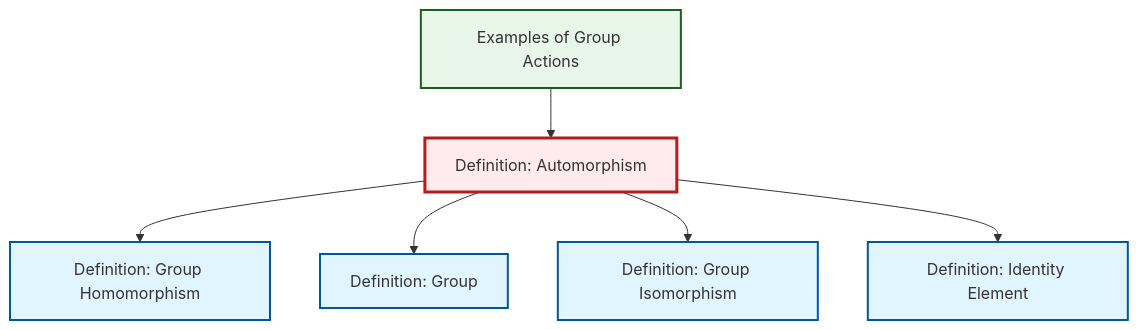
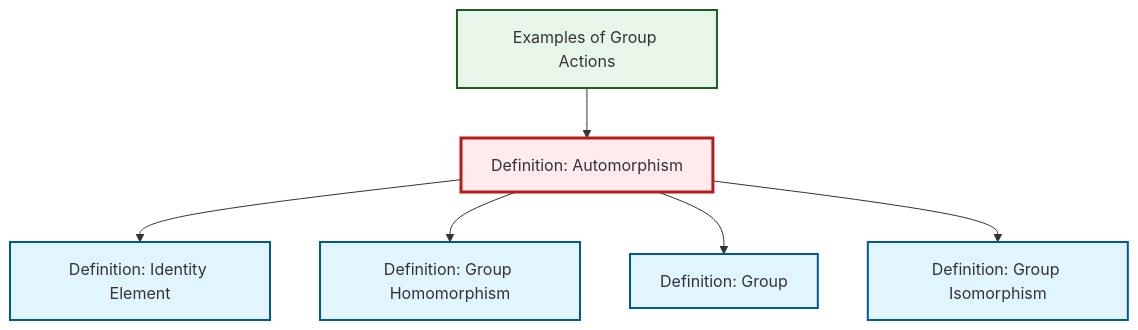
Before and after one commit to RK0429/ModernMath: the diagram in content/en/algebra/def-automorphism.qmd, drawn with Mermaid. The commit also changed other lines of this file and 597 other files, not shown here.

````diff
--- a/content/en/algebra/def-automorphism.qmd
+++ b/content/en/algebra/def-automorphism.qmd
@@ -100,26 +100,26 @@
 ```{mermaid}
 %%| fig-cap: "Local dependency graph"
 graph TD
     classDef definition fill:#e1f5fe,stroke:#01579b,stroke-width:2px
     classDef theorem fill:#f3e5f5,stroke:#4a148c,stroke-width:2px
     classDef axiom fill:#fff3e0,stroke:#e65100,stroke-width:2px
     classDef example fill:#e8f5e9,stroke:#1b5e20,stroke-width:2px
     classDef current fill:#ffebee,stroke:#b71c1c,stroke-width:3px
+    def-identity-element["Definition: Identity Element"]:::definition
+    def-homomorphism["Definition: Group Homomorphism"]:::definition
+    ex-group-action-examples["Examples of Group Actions"]:::example
+    def-automorphism["Definition: Automorphism"]:::definition
     def-isomorphism["Definition: Group Isomorphism"]:::definition
-    ex-group-action-examples["Examples of Group Actions"]:::example
-    def-identity-element["Definition: Identity Element"]:::definition
     def-group["Definition: Group"]:::definition
-    def-automorphism["Definition: Automorphism"]:::definition
-    def-homomorphism["Definition: Group Homomorphism"]:::definition
+    def-automorphism --> def-identity-element
     def-automorphism --> def-homomorphism
     def-automorphism --> def-group
+    def-automorphism --> def-isomorphism
     ex-group-action-examples --> def-automorphism
-    def-automorphism --> def-isomorphism
-    def-automorphism --> def-identity-element
     class def-automorphism current
+    click def-identity-element "def-identity-element.html" "Go to Identity Element definition"
+    click def-homomorphism "def-homomorphism.html" "Go to Group Homomorphism definition"
+    click ex-group-action-examples "ex-group-action-examples.html" "Go to Examples of Group Actions"
     click def-isomorphism "def-isomorphism.html" "Go to Group Isomorphism definition"
-    click ex-group-action-examples "ex-group-action-examples.html" "Go to Examples of Group Actions"
-    click def-identity-element "def-identity-element.html" "Go to Identity Element definition"
     click def-group "def-group.html" "Go to Group definition"
-    click def-homomorphism "def-homomorphism.html" "Go to Group Homomorphism definition"
 ```
````
